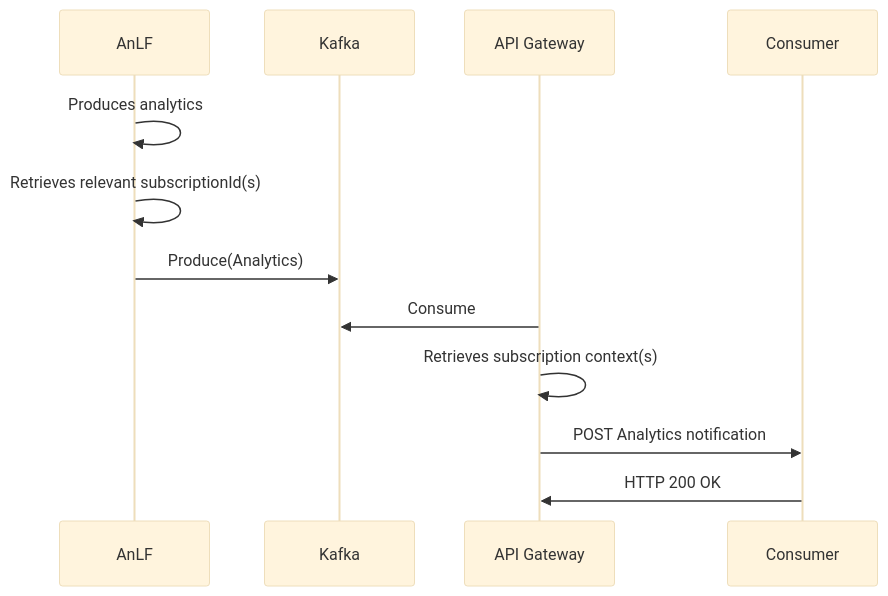
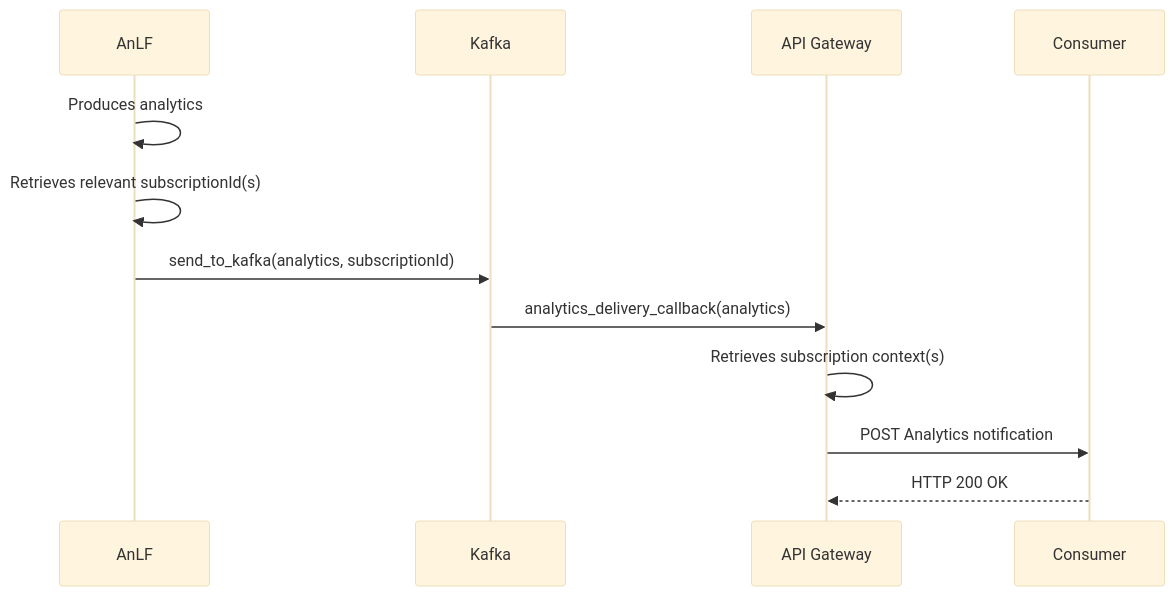
Before and after one commit to merce-fra/5G-NWDAF: the second of 6 diagrams in docs/Kafka_Topics_Specification.md, drawn with Mermaid (base theme). The commit also changed other lines of this file and 6 other files, not shown here.

````diff
--- a/docs/Kafka_Topics_Specification.md
+++ b/docs/Kafka_Topics_Specification.md
@@ -69,14 +68,14 @@
 ```mermaid
 sequenceDiagram
     participant AN as AnLF
     participant K as Kafka
     participant AG as API Gateway
     participant C as Consumer
     AN ->> AN: Produces analytics
     AN ->> AN: Retrieves relevant subscriptionId(s)
-    AN ->> K: Produce(Analytics)
-    AG ->> K: Consume
+    AN ->> K: send_to_kafka(analytics, subscriptionId)
+    K ->> AG: analytics_delivery_callback(analytics)
     AG ->> AG: Retrieves subscription context(s)
     AG ->> C: POST Analytics notification
-    C ->> AG: HTTP 200 OK
+    C -->> AG: HTTP 200 OK
 ```
````
